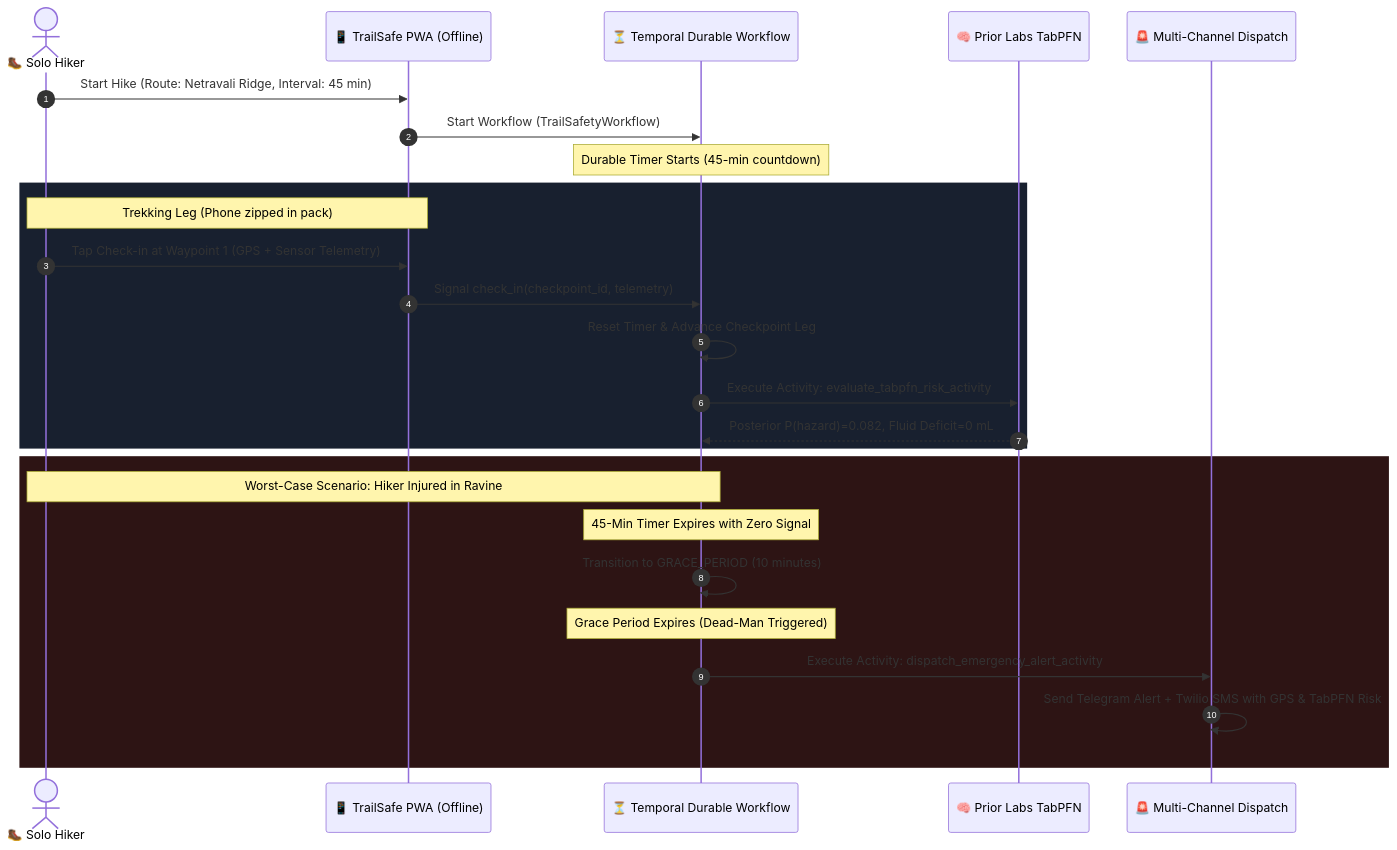
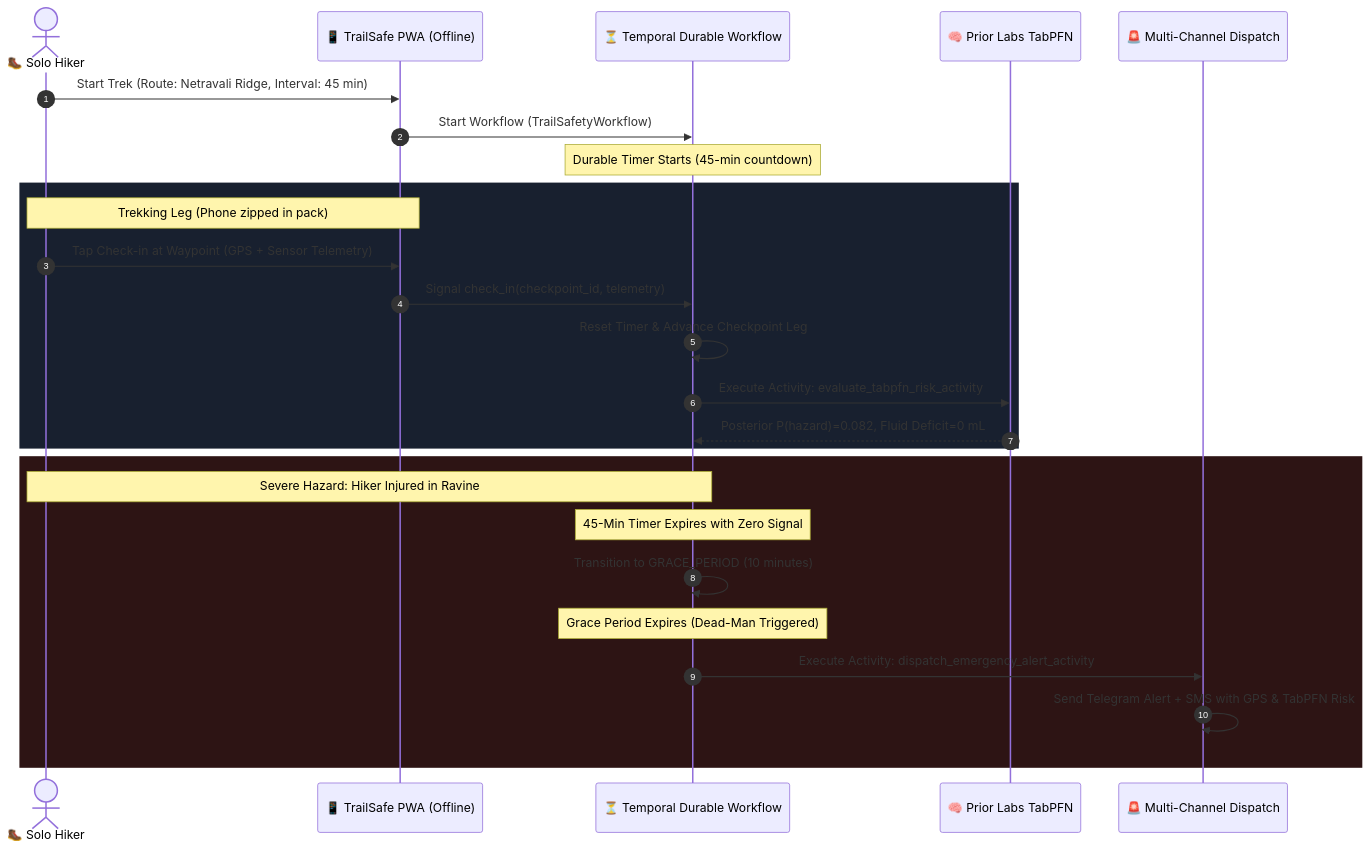
Before and after one commit to Labreo/trailsafe: the diagram in docs/SUBMISSION_POST.md, drawn with Mermaid. The commit also changed other lines of this file and 1 other file, not shown here.

````diff
--- a/docs/SUBMISSION_POST.md
+++ b/docs/SUBMISSION_POST.md
@@ -54,31 +21,31 @@
 ```mermaid
 sequenceDiagram
     autonumber
     actor Hiker as 🥾 Solo Hiker
     participant PWA as 📱 TrailSafe PWA (Offline)
     participant Temporal as ⏳ Temporal Durable Workflow
     participant TabPFN as 🧠 Prior Labs TabPFN
     participant Dispatch as 🚨 Multi-Channel Dispatch
 
-    Hiker->>PWA: Start Hike (Route: Netravali Ridge, Interval: 45 min)
+    Hiker->>PWA: Start Trek (Route: Netravali Ridge, Interval: 45 min)
     PWA->>Temporal: Start Workflow (TrailSafetyWorkflow)
     Note over Temporal: Durable Timer Starts (45-min countdown)
     
     rect rgb(24, 32, 47)
         Note over Hiker, PWA: Trekking Leg (Phone zipped in pack)
-        Hiker->>PWA: Tap Check-in at Waypoint 1 (GPS + Sensor Telemetry)
+        Hiker->>PWA: Tap Check-in at Waypoint (GPS + Sensor Telemetry)
         PWA->>Temporal: Signal check_in(checkpoint_id, telemetry)
         Temporal->>Temporal: Reset Timer & Advance Checkpoint Leg
         Temporal->>TabPFN: Execute Activity: evaluate_tabpfn_risk_activity
         TabPFN-->>Temporal: Posterior P(hazard)=0.082, Fluid Deficit=0 mL
     end
 
     rect rgb(45, 20, 20)
-        Note over Hiker, Temporal: Worst-Case Scenario: Hiker Injured in Ravine
+        Note over Hiker, Temporal: Severe Hazard: Hiker Injured in Ravine
         Note over Temporal: 45-Min Timer Expires with Zero Signal
         Temporal->>Temporal: Transition to GRACE_PERIOD (10 minutes)
         Note over Temporal: Grace Period Expires (Dead-Man Triggered)
         Temporal->>Dispatch: Execute Activity: dispatch_emergency_alert_activity
-        Dispatch->>Dispatch: Send Telegram Alert + Twilio SMS with GPS & TabPFN Risk
+        Dispatch->>Dispatch: Send Telegram Alert + SMS with GPS & TabPFN Risk
     end
 ```
````
